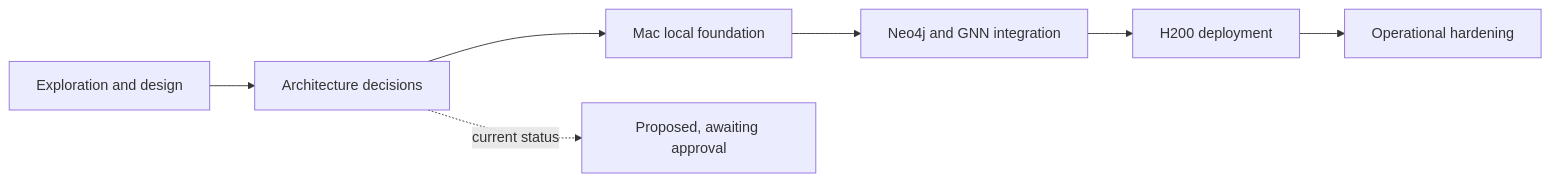
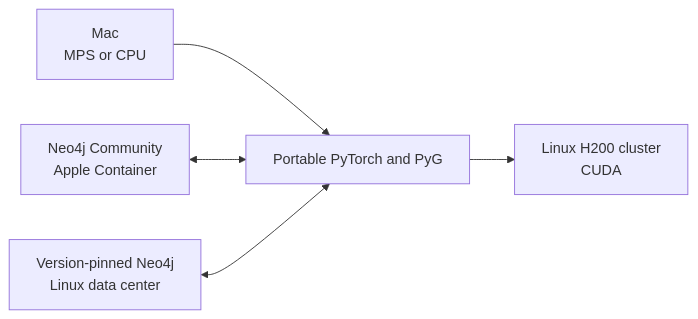
One commit to gh-andirdju/ml changed the diagram in README.md. Above: the diagram before and after it, drawn with Mermaid. The commit also changed other lines of this file and 19 other files, not shown here.

Commit message:
Add verified local MPS and Neo4j POC

````diff
--- a/README.md
+++ b/README.md
@@ -6,10 +10,7 @@
 ```mermaid
 flowchart LR
-    design[Exploration and design] --> decisions[Architecture decisions]
-    decisions --> local[Mac local foundation]
-    local --> integration[Neo4j and GNN integration]
-    integration --> h200[H200 deployment]
-    h200 --> operations[Operational hardening]
-
-    decisions -. current status .-> proposed[Proposed, awaiting approval]
+    mac[Mac<br/>MPS or CPU] --> shared[Portable PyTorch and PyG]
+    shared --> h200[Linux H200 cluster<br/>CUDA]
+    localdb[Neo4j Community<br/>Apple Container] <--> shared
+    graphdb[Version-pinned Neo4j<br/>Linux data center] <--> shared
 ```
````
